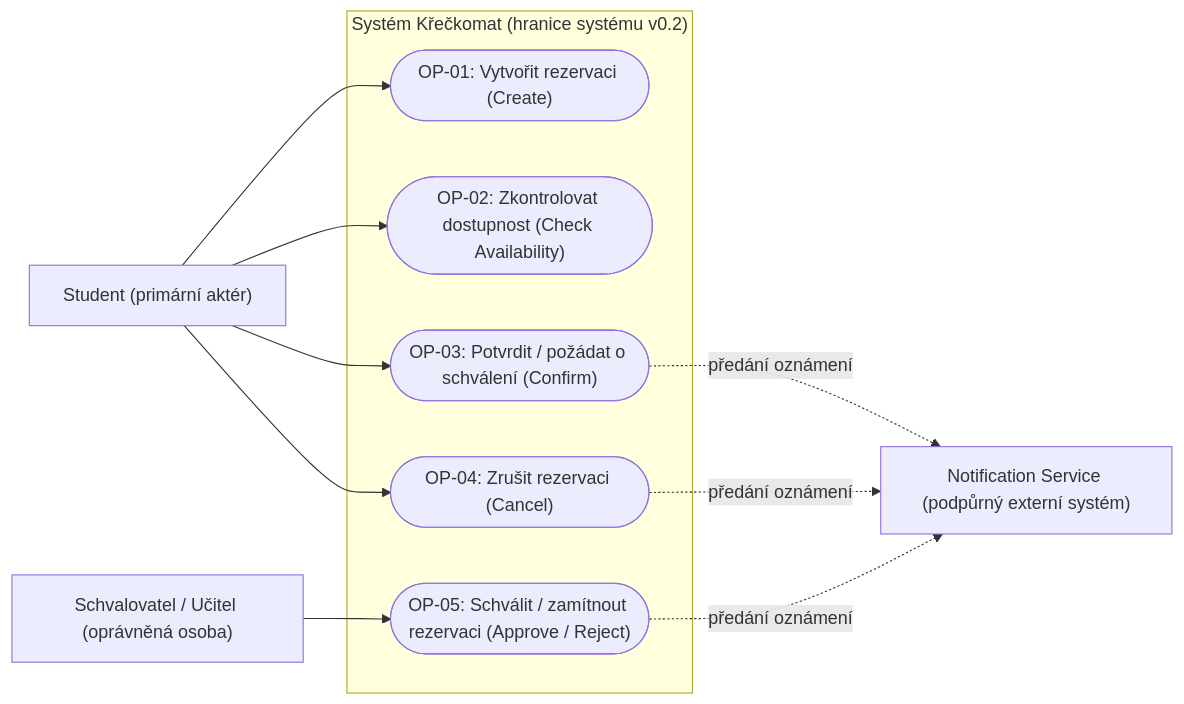
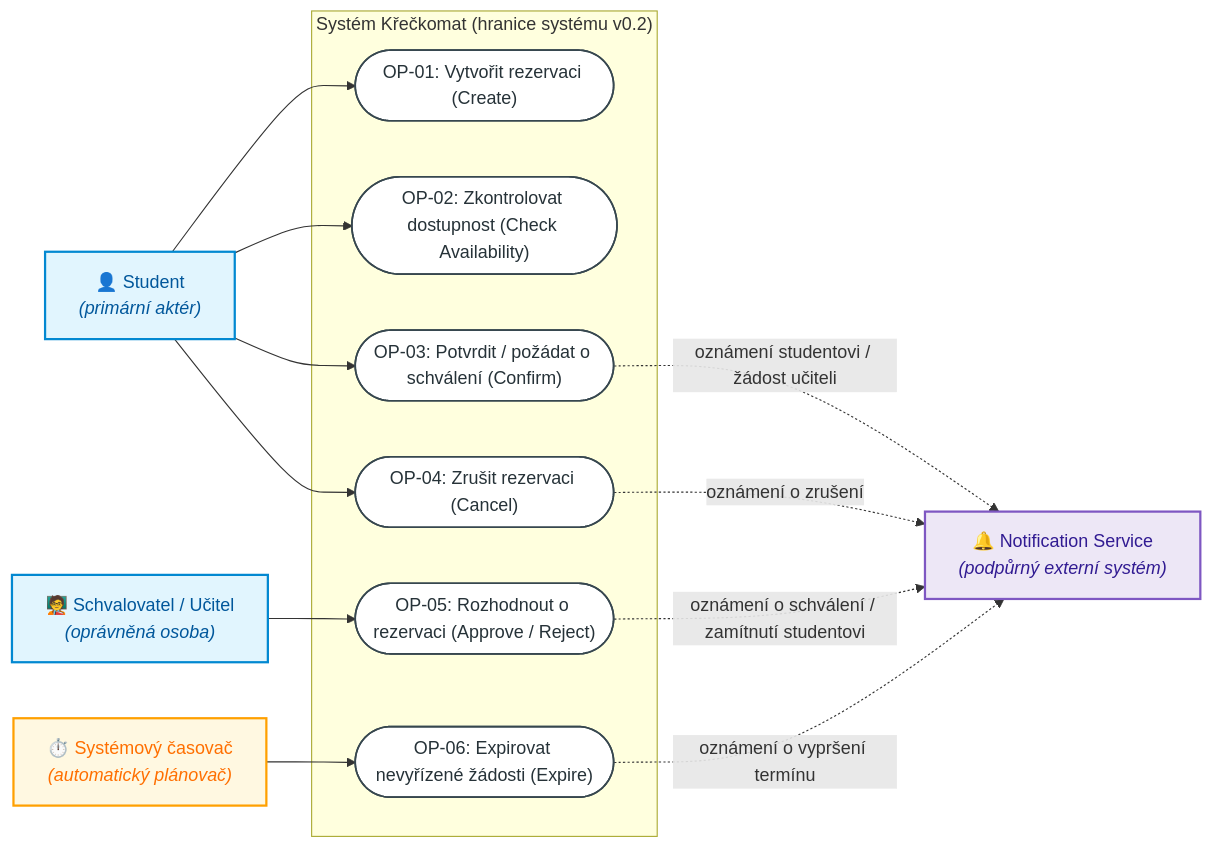
Before and after one commit to tomaskirnig/SWI_2027: the sixth of 6 diagrams in DIAGRAMS.md, drawn with Mermaid. The commit also changed other lines of this file and 1 other file, not shown here.

Commit message:
refactor: Refactored diagrams.md

````diff
--- a/DIAGRAMS.md
+++ b/DIAGRAMS.md
@@ -196,25 +300,34 @@
 ```mermaid
 flowchart LR
-    Student["Student (primární aktér)"]
-    Approver["Schvalovatel / Učitel (oprávněná osoba)"]
-    NotificationService["Notification Service (podpůrný externí systém)"]
+    classDef actorStyle fill:#e1f5fe,stroke:#0288d1,stroke-width:2px,color:#01579b;
+    classDef extStyle fill:#ede7f6,stroke:#7e57c2,stroke-width:2px,color:#311b92;
+    classDef timerStyle fill:#fff8e1,stroke:#ffa000,stroke-width:2px,color:#ff6f00;
+    classDef ucStyle fill:#ffffff,stroke:#37474f,stroke-width:1.5px,color:#263238;
 
-    subgraph System["Systém Křečkomat (hranice systému v0.2)"]
-        UC1(["OP-01: Vytvořit rezervaci (Create)"])
-        UC2(["OP-02: Zkontrolovat dostupnost (Check Availability)"])
-        UC3(["OP-03: Potvrdit / požádat o schválení (Confirm)"])
-        UC4(["OP-04: Zrušit rezervaci (Cancel)"])
-        UC5(["OP-05: Schválit / zamítnout rezervaci (Approve / Reject)"])
+    Student["👤 Student<br/><i>(primární aktér)</i>"]:::actorStyle
+    Approver["🧑‍🏫 Schvalovatel / Učitel<br/><i>(oprávněná osoba)</i>"]:::actorStyle
+    Timer["⏱️ Systémový časovač<br/><i>(automatický plánovač)</i>"]:::timerStyle
+    NotificationService["🔔 Notification Service<br/><i>(podpůrný externí systém)</i>"]:::extStyle
+
+    subgraph System[" Systém Křečkomat (hranice systému v0.2) "]
+        UC1(["OP-01: Vytvořit rezervaci (Create)"]):::ucStyle
+        UC2(["OP-02: Zkontrolovat dostupnost (Check Availability)"]):::ucStyle
+        UC3(["OP-03: Potvrdit / požádat o schválení (Confirm)"]):::ucStyle
+        UC4(["OP-04: Zrušit rezervaci (Cancel)"]):::ucStyle
+        UC5(["OP-05: Rozhodnout o rezervaci (Approve / Reject)"]):::ucStyle
+        UC6(["OP-06: Expirovat nevyřízené žádosti (Expire)"]):::ucStyle
     end
 
     Student --> UC1
     Student --> UC2
     Student --> UC3
     Student --> UC4
 
     Approver --> UC5
+    Timer --> UC6
 
-    UC3 -.->|"předání oznámení"| NotificationService
-    UC4 -.->|"předání oznámení"| NotificationService
-    UC5 -.->|"předání oznámení"| NotificationService
+    UC3 -.->|"oznámení studentovi / žádost učiteli"| NotificationService
+    UC4 -.->|"oznámení o zrušení"| NotificationService
+    UC5 -.->|"oznámení o schválení / zamítnutí studentovi"| NotificationService
+    UC6 -.->|"oznámení o vypršení termínu"| NotificationService
 ```
````
